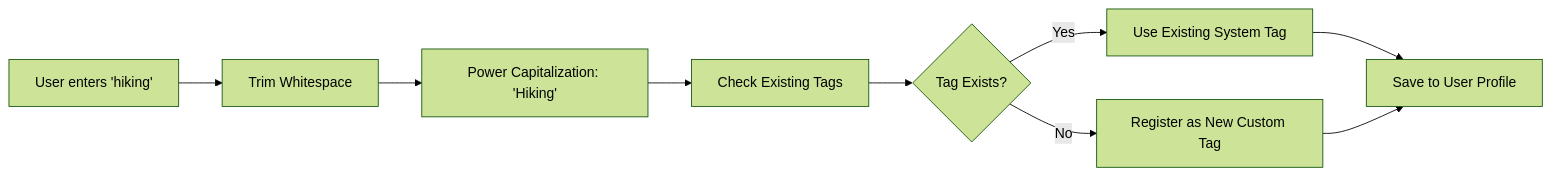
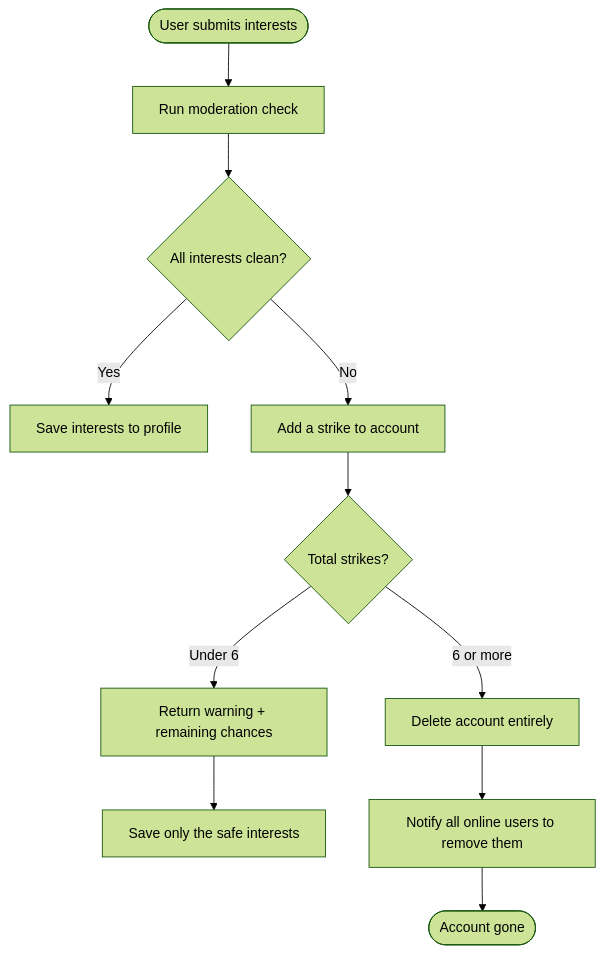
Before and after one commit to Akash-Veerla/Demographic: diagram 12 of 14 in docs/DIAGRAMS.md, drawn with Mermaid (forest theme). The commit also changed other lines of this file and 2 other files, not shown here.

Commit message:
Update README.md & DIAGRAMS.md

````diff
--- a/docs/DIAGRAMS.md
+++ b/docs/DIAGRAMS.md
@@ -263,14 +354,18 @@
 ```mermaid
-graph LR
-    Input[User enters 'hiking'] --> Clean[Trim Whitespace]
-    Clean --> Case[Power Capitalization: 'Hiking']
-    Case --> Search[Check Existing Tags]
-    
-    Search --> Exists{Tag Exists?}
-    
-    Exists -- "Yes" --> UseOld[Use Existing System Tag]
-    Exists -- "No" --> Create[Register as New Custom Tag]
-    
-    UseOld --> Save[Save to User Profile]
-    Create --> Save
+graph TD
+    Submit([User submits interests]) --> Validate[Run moderation check]
+
+    Validate --> Clean{All interests clean?}
+
+    Clean -- "Yes" --> Save[Save interests to profile]
+
+    Clean -- "No" --> Strike[Add a strike to account]
+    Strike --> Count{Total strikes?}
+
+    Count -- "Under 6" --> Warn[Return warning + remaining chances]
+    Warn --> SaveClean[Save only the safe interests]
+
+    Count -- "6 or more" --> Terminate[Delete account entirely]
+    Terminate --> Notify[Notify all online users to remove them]
+    Notify --> Done([Account gone])
 ```
````
